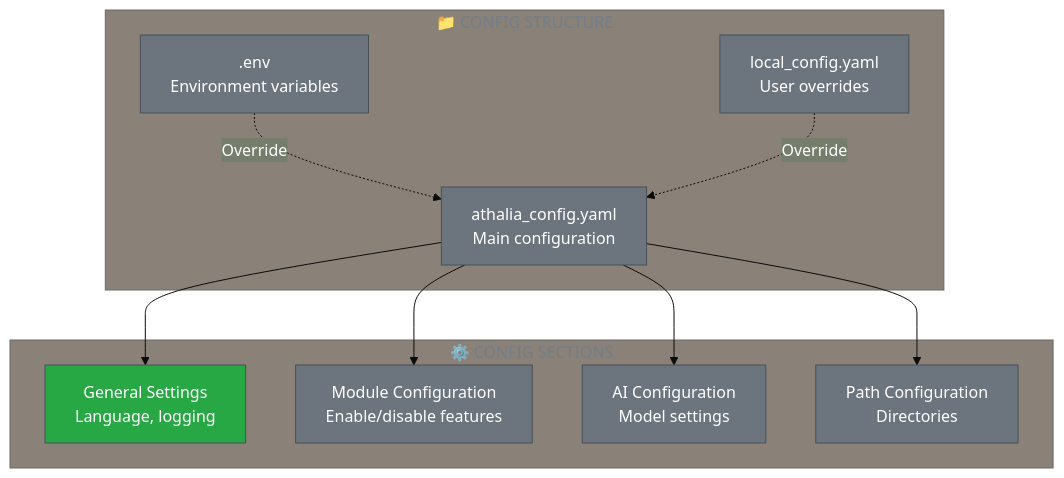
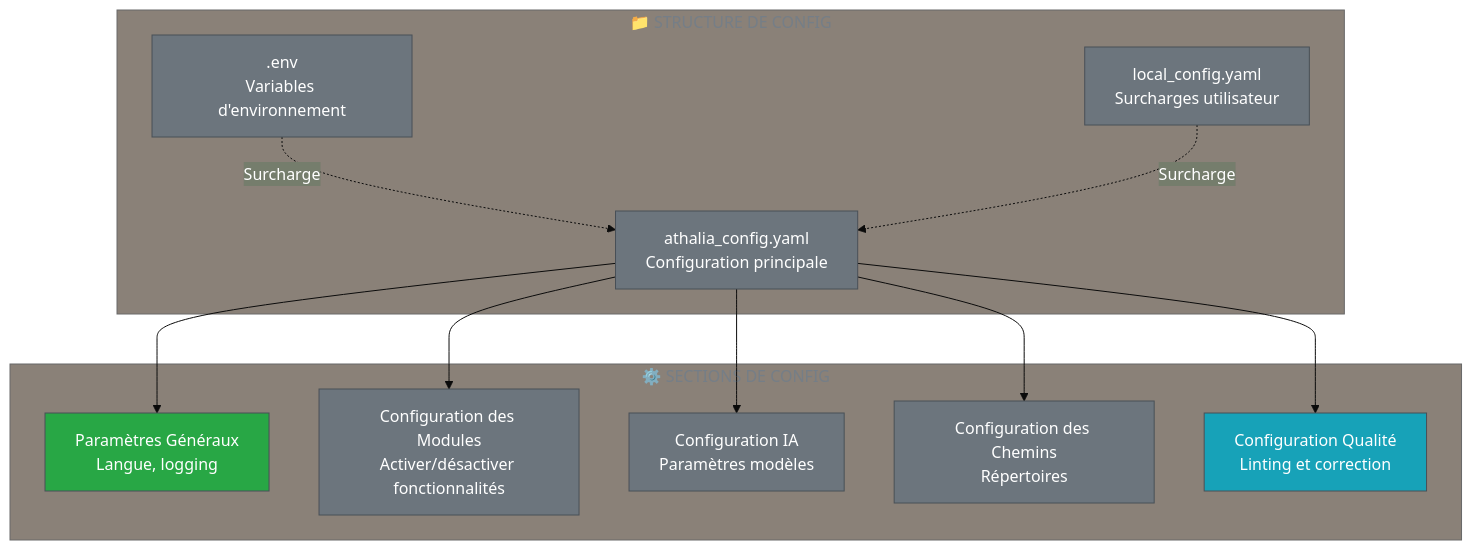
Before and after one commit to arkalia-luna-system/ia-pipeline: the seventh of 9 diagrams in docs/USER_GUIDES/INSTALLATION.md, drawn with Mermaid. The commit also changed other lines of this file and 8 other files, not shown here.

````diff
--- a/docs/USER_GUIDES/INSTALLATION.md
+++ b/docs/USER_GUIDES/INSTALLATION.md
@@ -344,27 +351,30 @@
 ```mermaid
 %%{init: {'theme':'base', 'themeVariables': { 'primaryColor': '#6c757d', 'primaryTextColor': '#fff', 'primaryBorderColor': '#495057'}}}%%
 graph TB
-    subgraph "📁 CONFIG STRUCTURE"
-        MAIN[athalia_config.yaml<br/>Main configuration]
-        ENV[.env<br/>Environment variables]
-        LOCAL[local_config.yaml<br/>User overrides]
+    subgraph "📁 STRUCTURE DE CONFIG"
+        MAIN[athalia_config.yaml<br/>Configuration principale]
+        ENV[.env<br/>Variables d'environnement]
+        LOCAL[local_config.yaml<br/>Surcharges utilisateur]
     end
     
-    subgraph "⚙️ CONFIG SECTIONS"
-        GENERAL[General Settings<br/>Language, logging]
-        MODULES[Module Configuration<br/>Enable/disable features]
-        AI[AI Configuration<br/>Model settings]
-        PATHS[Path Configuration<br/>Directories]
+    subgraph "⚙️ SECTIONS DE CONFIG"
+        GENERAL[Paramètres Généraux<br/>Langue, logging]
+        MODULES[Configuration des Modules<br/>Activer/désactiver fonctionnalités]
+        AI[Configuration IA<br/>Paramètres modèles]
+        PATHS[Configuration des Chemins<br/>Répertoires]
+        QUALITY[Configuration Qualité<br/>Linting et correction]
     end
     
     MAIN --> GENERAL
     MAIN --> MODULES
     MAIN --> AI
     MAIN --> PATHS
+    MAIN --> QUALITY
     
-    ENV -.->|Override| MAIN
-    LOCAL -.->|Override| MAIN
+    ENV -.->|Surcharge| MAIN
+    LOCAL -.->|Surcharge| MAIN
     
     style MAIN fill:#6c757d
     style GENERAL fill:#28a745
+    style QUALITY fill:#17a2b8
 ```
````
